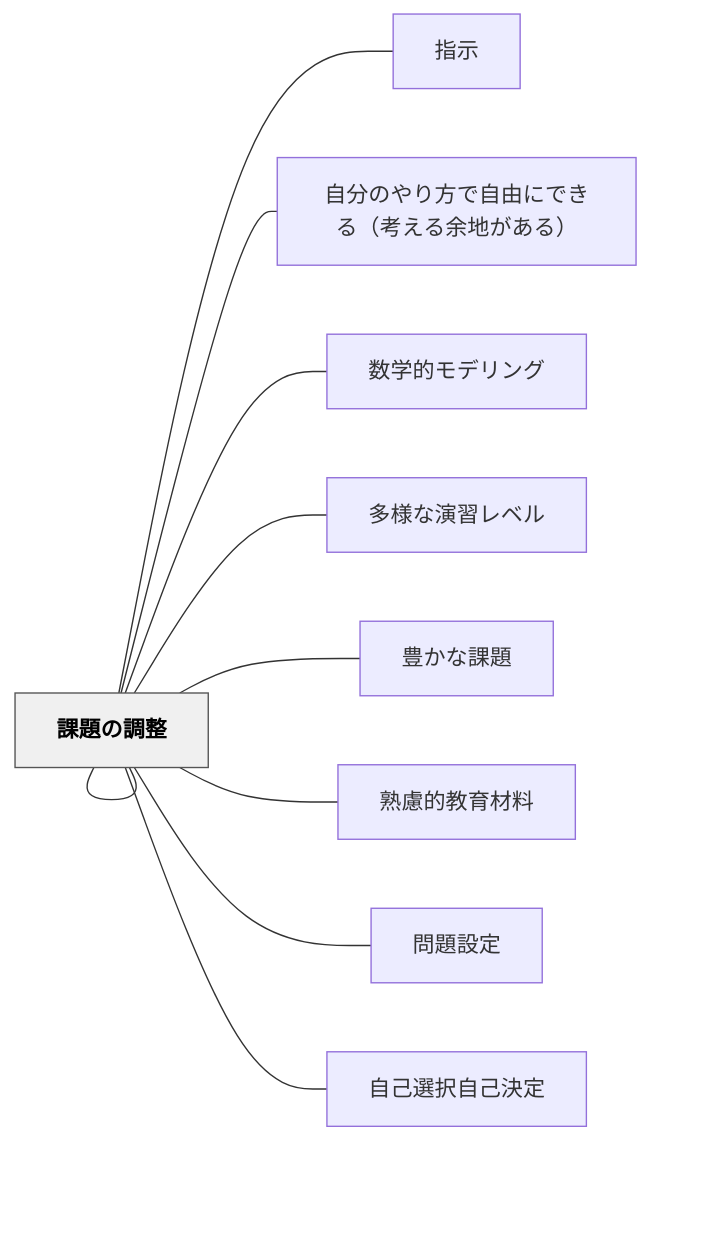
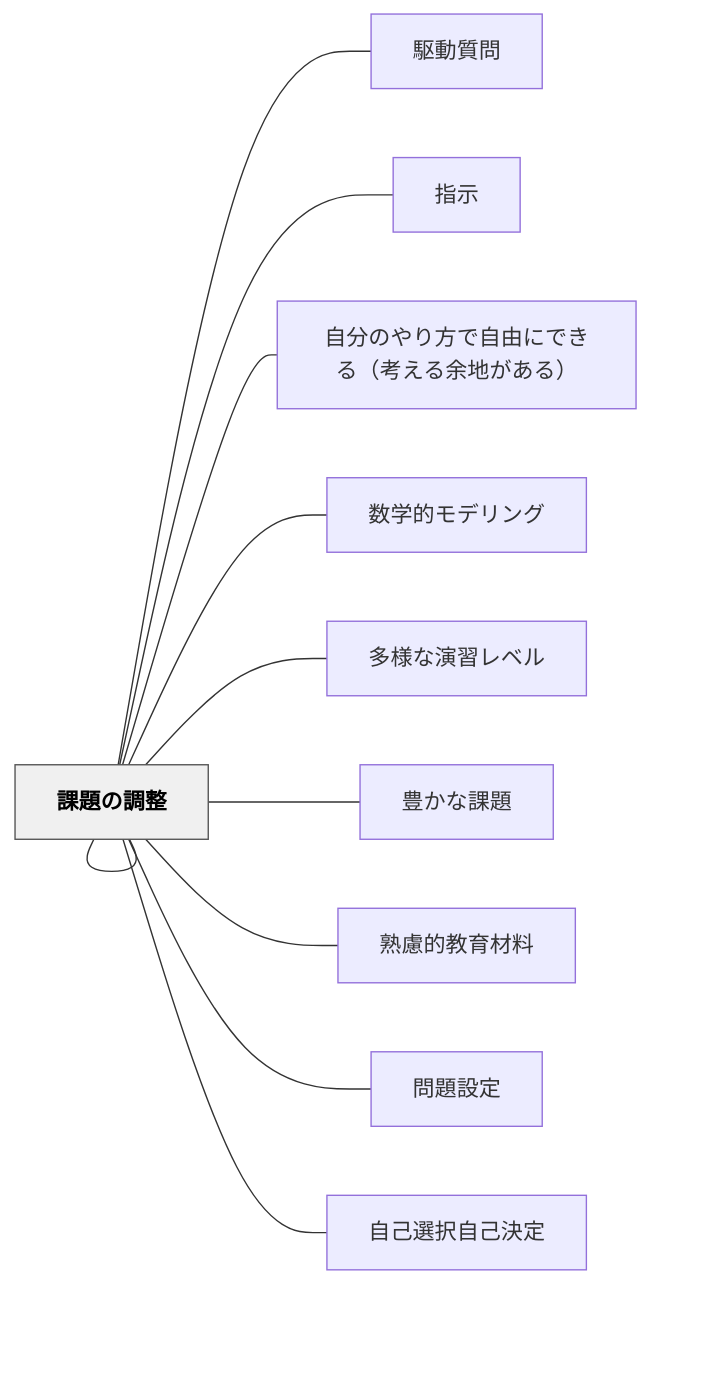
Before and after one commit to unknownthings-ed-patterns/unknownthings-ed-patterns: the diagram in content/パタン/課題設定.md, drawn with Mermaid. The commit also changed other lines of this file and 47 other files, not shown here.

````diff
--- a/content/パタン/課題設定.md
+++ b/content/パタン/課題設定.md
@@ -50,26 +51,28 @@
 ```mermaid
 flowchart LR
     ne8aab2e9a18c["課題設定"]
+    ne9a786e58b95["駆動質問"]
     ne68c87e7a4ba["指示"]
     ne887aae58886["自分のやり方で自由にできる（考える余地がある）"]
     ne695b0e5ada6["数学的モデリング"]
     ne5a49ae6a798["多様な演習レベル"]
     ne8b18ae3818b["豊かな課題"]
     ne7869fe685ae["熟慮的教育材料"]
     ne5958fe9a18c["問題設定"]
     ne8aab2e9a18c["課題の調整"]
     ne887aae5b7b1["自己選択自己決定"]
 
+    ne8aab2e9a18c --- ne9a786e58b95
     ne8aab2e9a18c --- ne68c87e7a4ba
     ne8aab2e9a18c --- ne887aae58886
     ne8aab2e9a18c --- ne695b0e5ada6
     ne8aab2e9a18c --- ne5a49ae6a798
     ne8aab2e9a18c --- ne8b18ae3818b
     ne8aab2e9a18c --- ne7869fe685ae
     ne8aab2e9a18c --- ne5958fe9a18c
     ne8aab2e9a18c --- ne8aab2e9a18c
     ne8aab2e9a18c --- ne887aae5b7b1
 
     classDef hub fill:#f0f0f0,stroke:#555,color:#000,font-weight:bold
     class ne8aab2e9a18c hub
 ```
````
